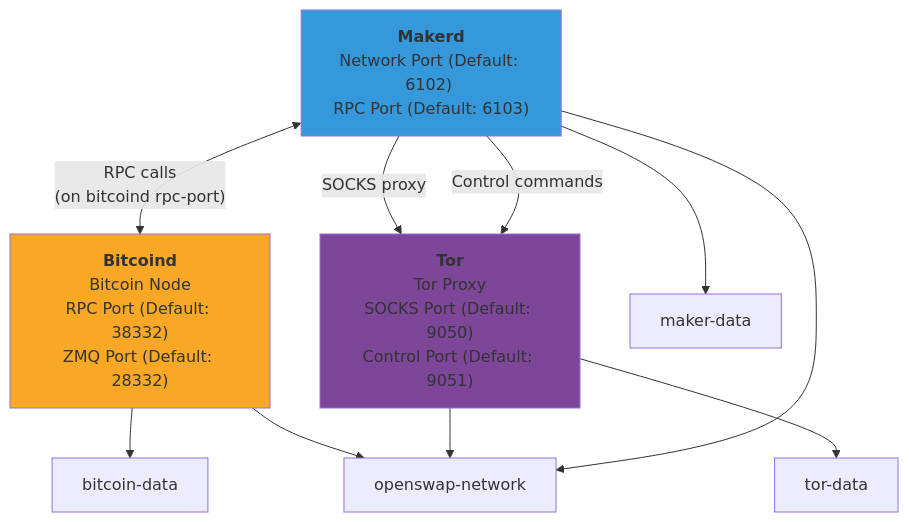
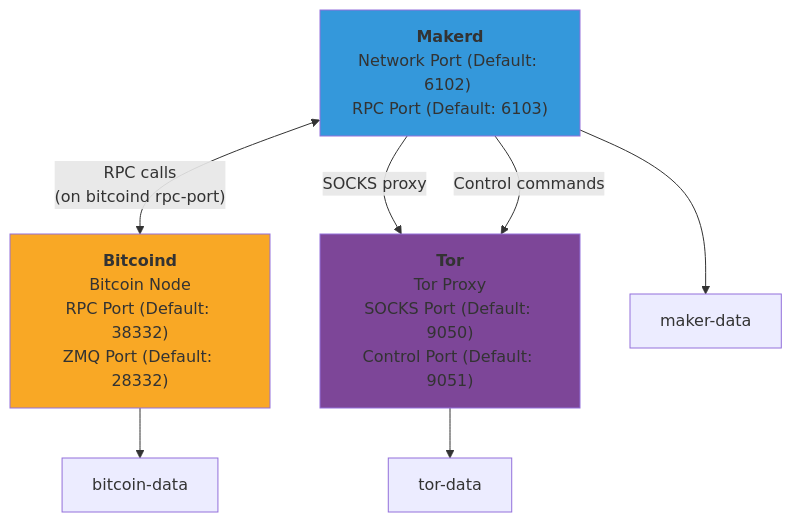
Before and after one commit to citadel-foss/openswap: the diagram in docs/docker.md, drawn with Mermaid. The commit also changed other lines of this file and 3 other files, not shown here.

````diff
--- a/docs/docker.md
+++ b/docs/docker.md
@@ -26,32 +26,25 @@
 ```mermaid
 graph TD
     bitcoind["<b>Bitcoind</b><br/>Bitcoin Node<br/>RPC Port (Default: 38332)<br/>ZMQ Port (Default: 28332)"]
     tor["<b>Tor</b><br/>Tor Proxy<br/>SOCKS Port (Default: 9050)<br/>Control Port (Default: 9051)"]
     makerd["<b>Makerd</b><br/>Network Port (Default: 6102) <br/>RPC Port (Default: 6103)"]
     
     bitcoin_vol["bitcoin-data"]
     tor_vol["tor-data"]
     maker_vol["maker-data"]
     
-    network["openswap-network"]
-    
     makerd <-->|"RPC calls <br> (on bitcoind rpc-port)"| bitcoind
     makerd -->|SOCKS proxy| tor
     makerd -->|Control commands| tor
     
     bitcoind --> bitcoin_vol
     tor --> tor_vol
     makerd --> maker_vol
     
-    bitcoind --> network
-    tor --> network
-    makerd --> network
-    
     style bitcoind fill:#f9a825
     style tor fill:#7d4698
     style makerd fill:#3498db
-    style network fill:#e8f4f
     style bitcoin_vol fill:#ecf0f
     style tor_vol fill:#ecf0f
     style maker_vol fill:#fcf0f
 ```
````
